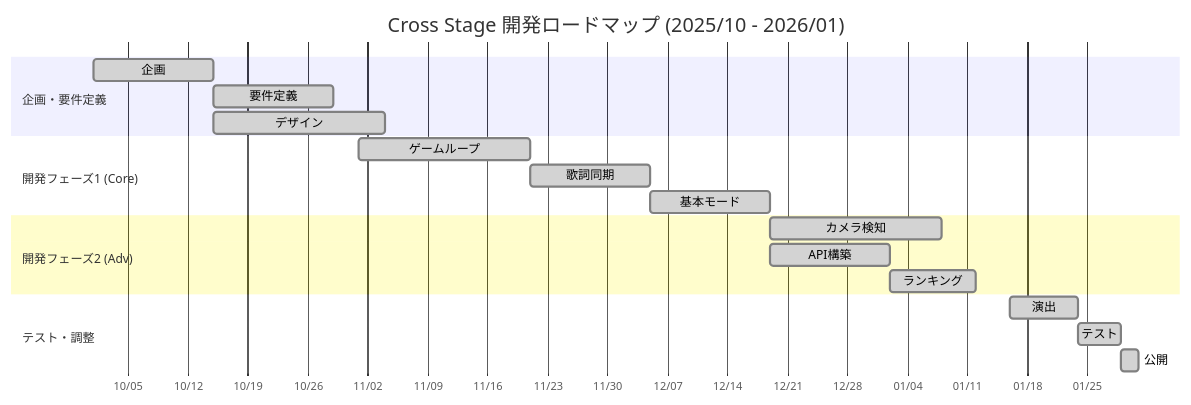
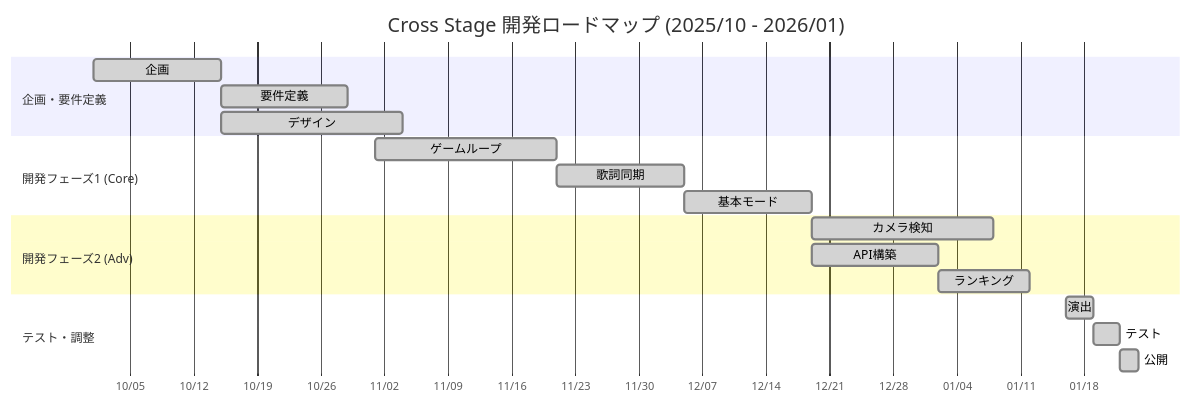
Before and after one commit to syusyusyusyu/star: the sixth of 9 diagrams in README.md, drawn with Mermaid.

Commit message:
fix: 演出とテストの期間を調整

````diff
--- a/README.md
+++ b/README.md
@@ -195,26 +195,26 @@
 ```mermaid
 gantt
     title Cross Stage 開発ロードマップ (2025/10 - 2026/01)
     dateFormat  YYYY-MM-DD
     axisFormat %m/%d
     
     section 企画・要件定義
     企画               :done, a1, 2025-10-01, 14d
     要件定義           :done, a2, after a1, 14d
     デザイン           :done, a3, after a1, 20d
     
     section 開発フェーズ1 (Core)
     ゲームループ       :done, b1, 2025-11-01, 20d
     歌詞同期           :done, b2, after b1, 14d
     基本モード         :done, b3, after b2, 14d
     
     section 開発フェーズ2 (Adv)
     カメラ検知         :done, c1, after b3, 20d
     API構築            :done, c2, after b3, 14d
     ランキング         :done, c3, after c2, 10d
     
     section テスト・調整
-    演出               :done, d1, 2026-01-16, 8d
-    テスト             :done, d2, after d1, 5d
+    演出               :done, d1, 2026-01-16, 3d
+    テスト             :done, d2, after d1, 3d
     公開               :done, d3, after d2, 2d
 ```
````
